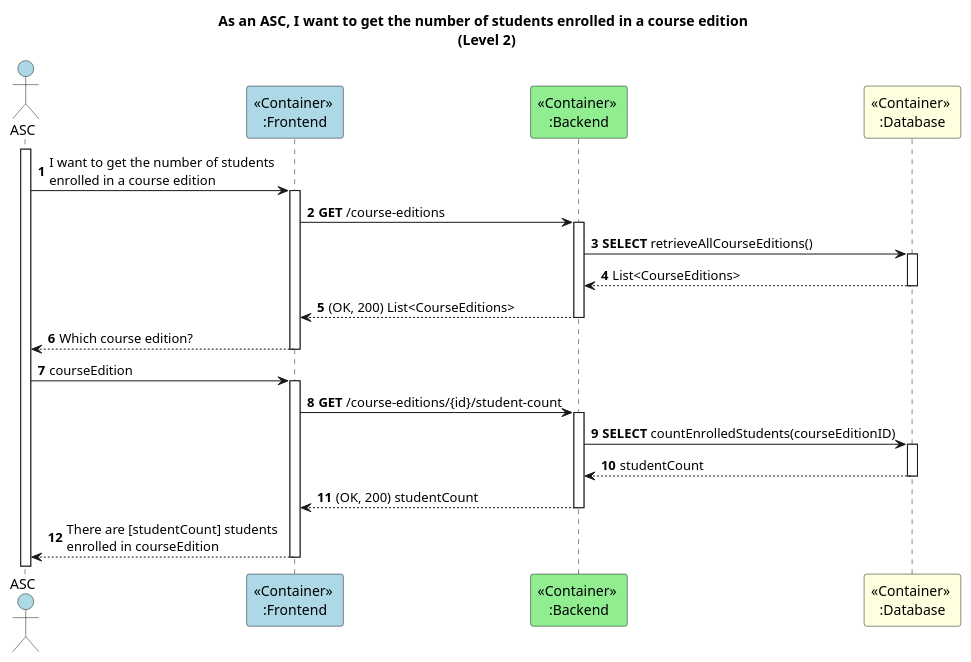
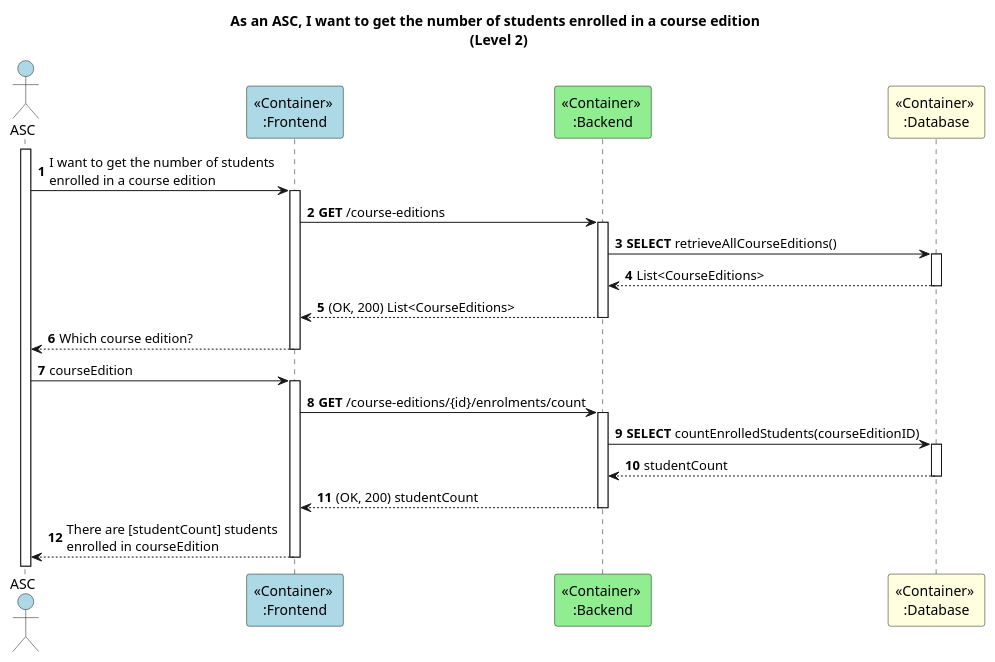
The diagram in docs/US36/ProcessView/Level2.puml (GasparISEP/DevOps-PAI), drawn with PlantUML before and after one commit. The commit also changed 5 other files, not shown here.

Commit message:
Ref #652, #658: Refactor Process View and Scenario View diagrams to use o] notation for external interactions

```diff
--- a/docs/US36/ProcessView/Level2.puml
+++ b/docs/US36/ProcessView/Level2.puml
@@ -1,26 +1,26 @@
 @startuml
 autonumber
 
 title As an ASC, I want to get the number of students enrolled in a course edition \n (Level 2)
 
 actor ASC as Admin #lightblue
 participant "<<Container>> \n:Frontend" as FE #lightblue
 participant "<<Container>> \n:Backend" as BE #lightgreen
 participant "<<Container>> \n:Database" as BD #lightyellow
 
 activate Admin
 Admin -> FE ++ : I want to get the number of students \nenrolled in a course edition
 FE -> BE ++ : **GET** /course-editions
 BE -> BD ++ : **SELECT** retrieveAllCourseEditions()
 BD --> BE --: List<CourseEditions>
 BE --> FE --: (OK, 200) List<CourseEditions>
 FE --> Admin --: Which course edition?
 
 Admin -> FE ++ : courseEdition
-FE -> BE ++ : **GET** /course-editions/{id}/student-count
+FE -> BE ++ : **GET** /course-editions/{id}/enrolments/count
 
 BE -> BD ++ : **SELECT** countEnrolledStudents(courseEditionID)
 BD --> BE --: studentCount
 BE --> FE --: (OK, 200) studentCount
 FE --> Admin --: There are [studentCount] students \nenrolled in courseEdition
 @enduml
```
